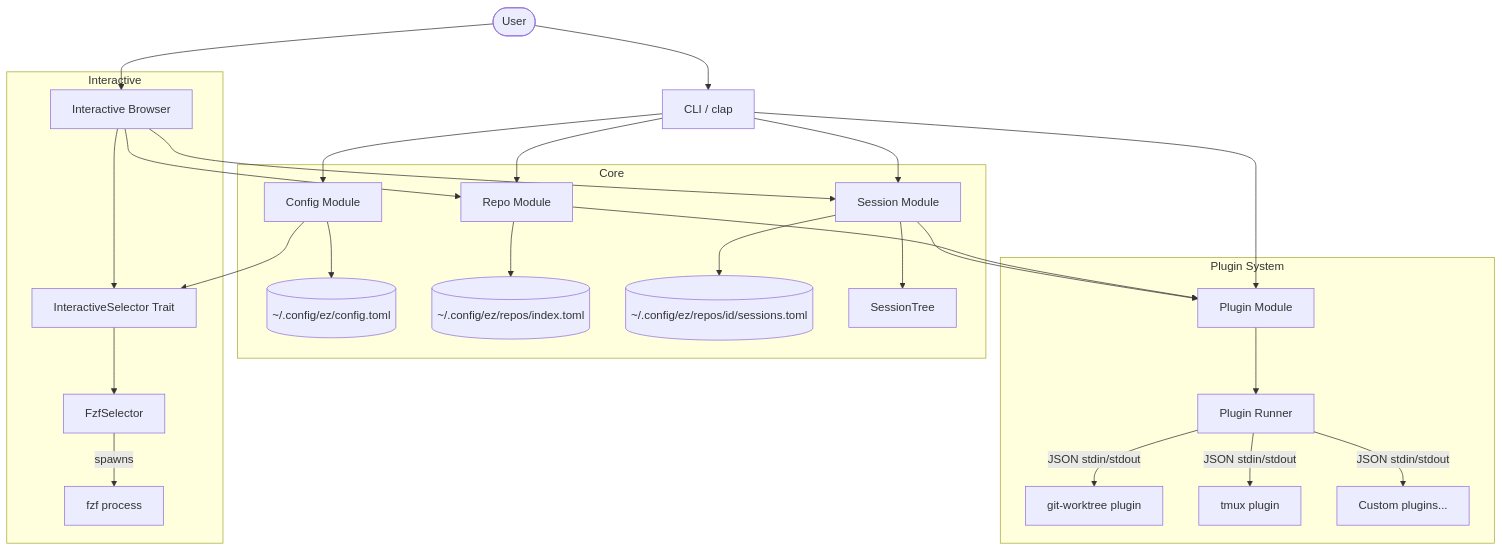
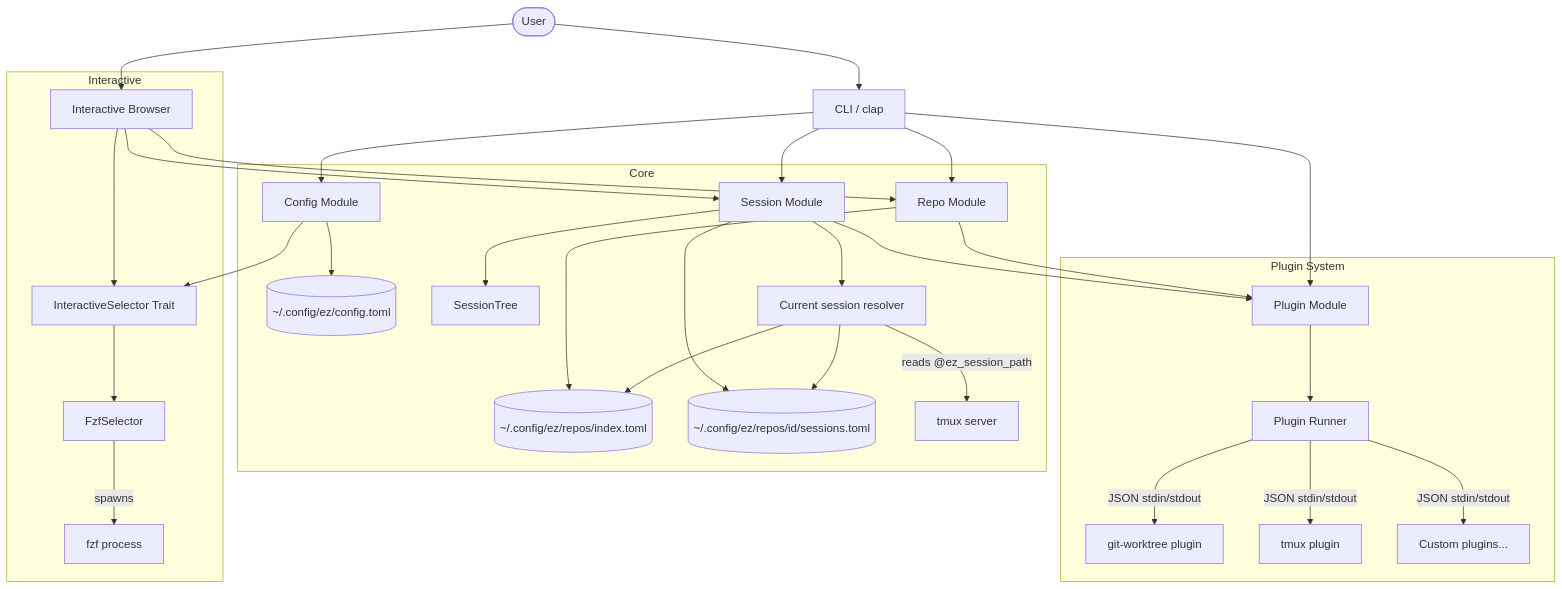
The first of 8 diagrams in docs/design.md (KoalaVim/ez-workspaces), drawn with Mermaid before and after one commit. The commit also changed 30 other files, not shown here.

Commit message:
Add current session delete detection

````diff
--- a/docs/design.md
+++ b/docs/design.md
@@ -5,36 +5,40 @@
 ```mermaid
 graph TB
     User([User]) --> CLI[CLI / clap]
     User --> Browser[Interactive Browser]
 
     CLI --> Config[Config Module]
     CLI --> Repo[Repo Module]
     CLI --> Session[Session Module]
     CLI --> Plugin[Plugin Module]
     Browser --> Selector[InteractiveSelector Trait]
 
     subgraph Core
         Config --> ConfigStore[(~/.config/ez/config.toml)]
         Repo --> RepoStore[(~/.config/ez/repos/index.toml)]
         Session --> SessionStore[(~/.config/ez/repos/id/sessions.toml)]
         Session --> Tree[SessionTree]
+        Session --> Current[Current session resolver]
+        Current --> SessionStore
+        Current --> RepoStore
+        Current --> |reads @ez_session_path| TmuxServer[tmux server]
     end
 
     subgraph Plugin System
         Plugin --> Runner[Plugin Runner]
         Runner --> |JSON stdin/stdout| GitWorktree[git-worktree plugin]
         Runner --> |JSON stdin/stdout| Tmux[tmux plugin]
         Runner --> |JSON stdin/stdout| Custom[Custom plugins...]
     end
 
     subgraph Interactive
         Selector --> FzfSelector[FzfSelector]
         FzfSelector --> |spawns| fzf[fzf process]
         Browser --> Repo
         Browser --> Session
         Config --> Selector
     end
 
     Session --> Plugin
     Repo --> Plugin
 ```
````
